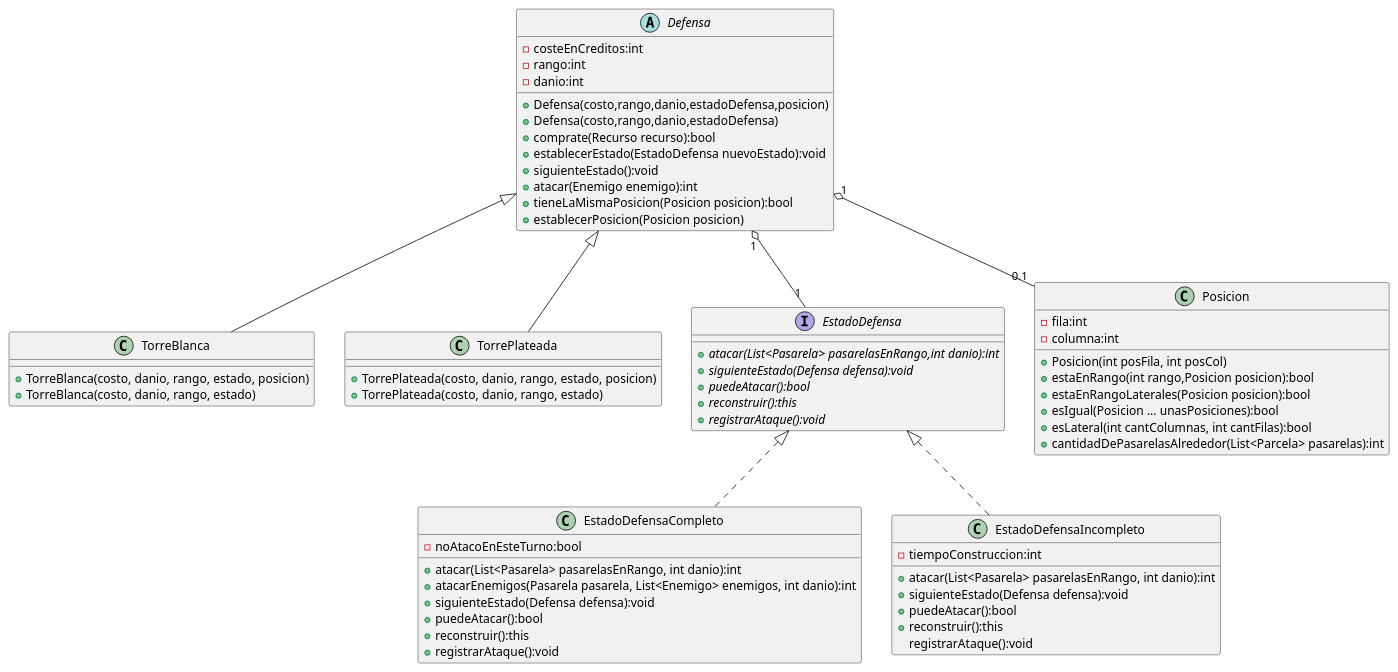
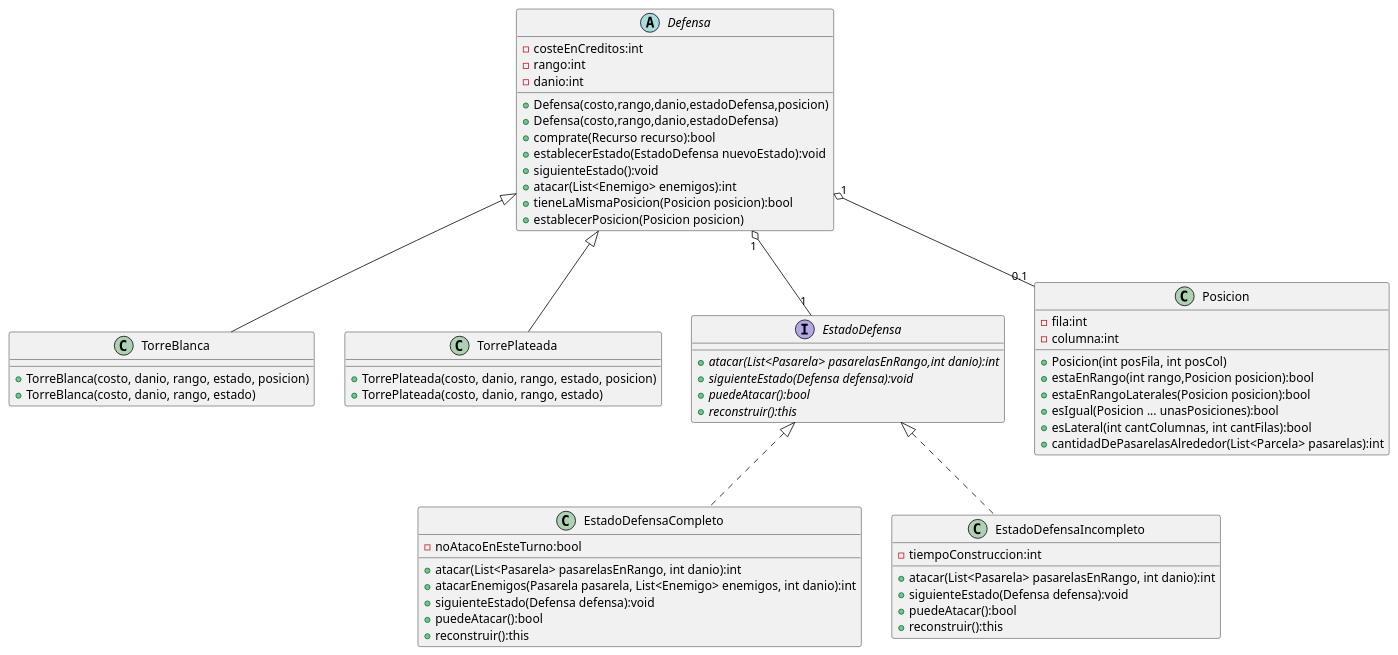
One commit to lucas96will/algo3_tp2_fiuba changed the diagram in diagrams/classes/Ent2/defensa.plantuml. Above: the diagram before and after it, drawn with PlantUML. The commit also changed 12 other files, not shown here.

Commit message:
Pair Programming Manuel: Caso de uso 18, refactor del ataque de las torres, y cambio del momento de "aparición" de los enemigos. (con las respectivas correcciones de pruebas)

```diff
--- a/diagrams/classes/Ent2/defensa.plantuml
+++ b/diagrams/classes/Ent2/defensa.plantuml
@@ -1,72 +1,69 @@
 @startuml
 
 abstract Defensa {
     -costeEnCreditos:int
     -rango:int
     -danio:int
     +Defensa(costo,rango,danio,estadoDefensa,posicion)
     +Defensa(costo,rango,danio,estadoDefensa)
     +comprate(Recurso recurso):bool
     +establecerEstado(EstadoDefensa nuevoEstado):void
     +siguienteEstado():void
-    +atacar(Enemigo enemigo):int
+    +atacar(List<Enemigo> enemigos):int
     +tieneLaMismaPosicion(Posicion posicion):bool
     +establecerPosicion(Posicion posicion)
 }
 
 class TorreBlanca {
     +TorreBlanca(costo, danio, rango, estado, posicion)
     +TorreBlanca(costo, danio, rango, estado)
 }
 
 class TorrePlateada {
     +TorrePlateada(costo, danio, rango, estado, posicion)
     +TorrePlateada(costo, danio, rango, estado)
 }
 
 interface EstadoDefensa {
     {abstract}+atacar(List<Pasarela> pasarelasEnRango,int danio):int
     {abstract}+siguienteEstado(Defensa defensa):void
     {abstract}+puedeAtacar():bool
     {abstract}+reconstruir():this
-    {abstract}+registrarAtaque():void
 }
 
 class EstadoDefensaCompleto {
     -noAtacoEnEsteTurno:bool
     +atacar(List<Pasarela> pasarelasEnRango, int danio):int
     +atacarEnemigos(Pasarela pasarela, List<Enemigo> enemigos, int danio):int
     +siguienteEstado(Defensa defensa):void
     +puedeAtacar():bool
     +reconstruir():this
-    +registrarAtaque():void
 }
 
 class EstadoDefensaIncompleto {
     -tiempoConstruccion:int
     +atacar(List<Pasarela> pasarelasEnRango, int danio):int
     +siguienteEstado(Defensa defensa):void
     +puedeAtacar():bool
     +reconstruir():this
-    registrarAtaque():void
 }
 
 class Posicion {
     -fila:int
     -columna:int
     +Posicion(int posFila, int posCol)
     +estaEnRango(int rango,Posicion posicion):bool
     +estaEnRangoLaterales(Posicion posicion):bool
     +esIgual(Posicion ... unasPosiciones):bool
     +esLateral(int cantColumnas, int cantFilas):bool
     +cantidadDePasarelasAlrededor(List<Parcela> pasarelas):int
 }
 
 EstadoDefensa <|.. EstadoDefensaCompleto
 EstadoDefensa <|.. EstadoDefensaIncompleto
 Defensa <|-- TorreBlanca
 Defensa <|-- TorrePlateada
 Defensa "1" o-- "1" EstadoDefensa
 Defensa "1" o-- "0.1" Posicion
 
 @enduml
```
